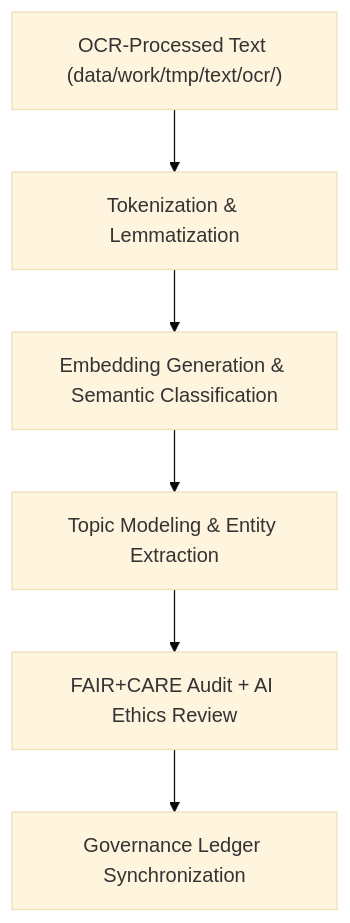
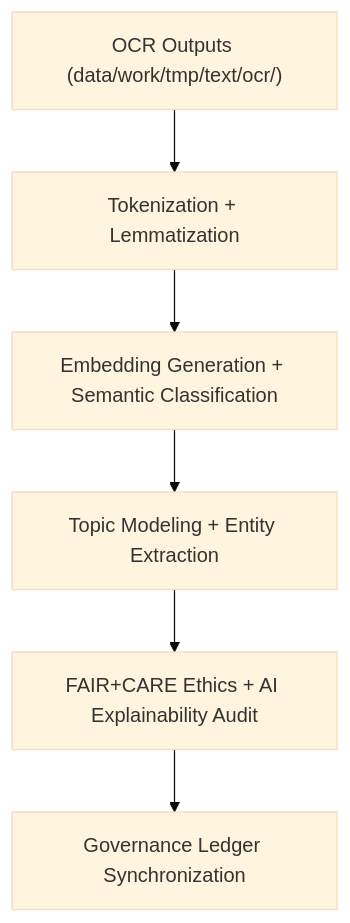
Before and after one commit to bartytime4life/Kansas-Frontier-Matrix: the diagram in data/work/tmp/text/nlp/README.md, drawn with Mermaid (base theme). The commit also changed other lines of this file, not shown here.

````diff
--- a/data/work/tmp/text/nlp/README.md
+++ b/data/work/tmp/text/nlp/README.md
@@ -66,8 +67,8 @@
 ```mermaid
 flowchart TD
-    A["OCR-Processed Text (data/work/tmp/text/ocr/)"] --> B["Tokenization & Lemmatization"]
-    B --> C["Embedding Generation & Semantic Classification"]
-    C --> D["Topic Modeling & Entity Extraction"]
-    D --> E["FAIR+CARE Audit + AI Ethics Review"]
+    A["OCR Outputs (data/work/tmp/text/ocr/)"] --> B["Tokenization + Lemmatization"]
+    B --> C["Embedding Generation + Semantic Classification"]
+    C --> D["Topic Modeling + Entity Extraction"]
+    D --> E["FAIR+CARE Ethics + AI Explainability Audit"]
     E --> F["Governance Ledger Synchronization"]
 ```
````
